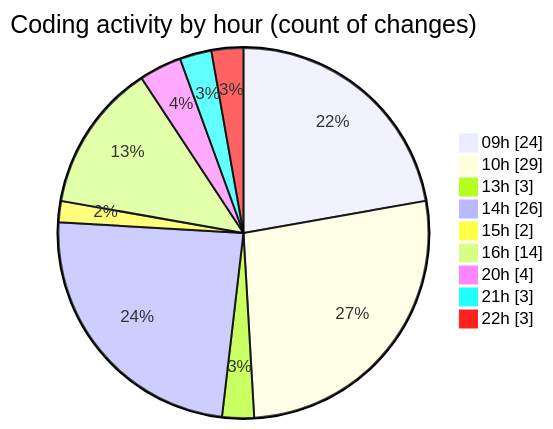
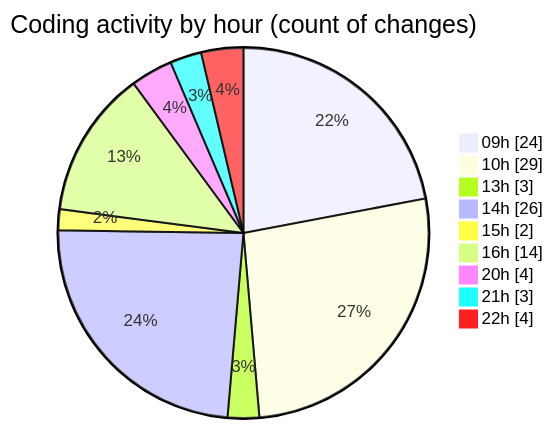
One commit to MatusMokan/code-tracking changed the second of 2 diagrams in 2025-05-08/myws__workspace_/README.md. Above: the diagram before and after it, drawn with Mermaid. The commit also changed other lines of this file and 1 other file, not shown here.

````diff
--- a/2025-05-08/myws__workspace_/README.md
+++ b/2025-05-08/myws__workspace_/README.md
@@ -32,13 +32,13 @@
 ```mermaid
 pie showData
 title Coding activity by hour (count of changes)
 "09h" : 24
 "10h" : 29
 "13h" : 3
 "14h" : 26
 "15h" : 2
 "16h" : 14
 "20h" : 4
 "21h" : 3
-"22h" : 3
+"22h" : 4
 ```
````
